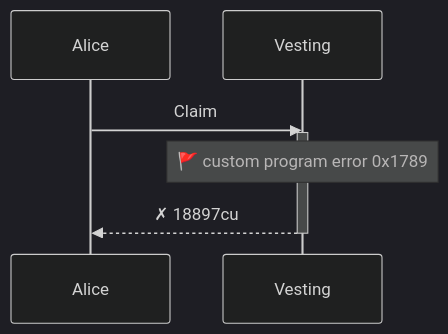
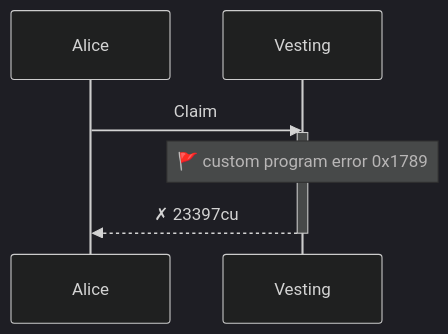
One commit to cds-turbin3/vesting-position changed the tenth of 12 diagrams in babelfish-tests/test-report/vested_tokens_are_forfeited_past_the_grace_window.md. Above: the diagram before and after it, drawn with Mermaid (dark theme). The commit also changed other lines of this file and 106 other files, not shown here.

````diff
--- a/babelfish-tests/test-report/vested_tokens_are_forfeited_past_the_grace_window.md
+++ b/babelfish-tests/test-report/vested_tokens_are_forfeited_past_the_grace_window.md
@@ -495,10 +507,10 @@
 ```mermaid
 sequenceDiagram
     participant p0 as Alice
     participant p1 as Vesting
     p0->>p1: Claim
     activate p1
     note over p1: 🚩 custom program error  0x1789
-    p1-->>p0: ✗ 18897cu
+    p1-->>p0: ✗ 23397cu
     deactivate p1
 ```
````
